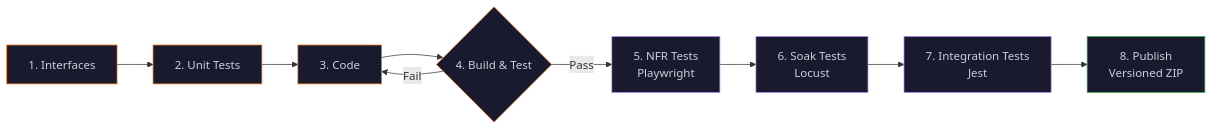
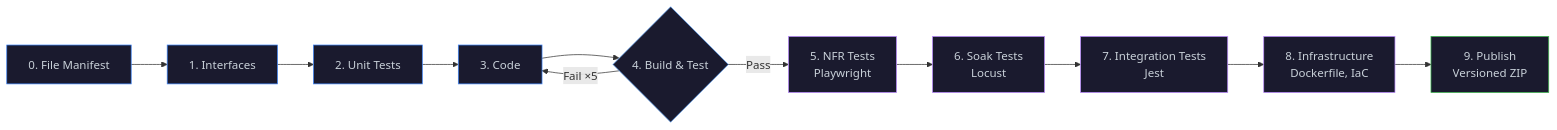
One commit to WillEastbury/IdeaForge changed the first of 2 diagrams in README.md. Above: the diagram before and after it, drawn with Mermaid. The commit also changed other lines of this file, not shown here.

````diff
--- a/README.md
+++ b/README.md
@@ -90,20 +117,24 @@
 ```mermaid
 graph LR
-    A[1. Interfaces] --> B[2. Unit Tests]
+    M[0. File Manifest] --> A[1. Interfaces]
+    A --> B[2. Unit Tests]
     B --> C[3. Code]
     C --> D{4. Build & Test}
     D -->|Pass| E[5. NFR Tests<br/>Playwright]
-    D -->|Fail| C
+    D -->|Fail ×5| C
     E --> F[6. Soak Tests<br/>Locust]
     F --> G[7. Integration Tests<br/>Jest]
-    G --> H[8. Publish<br/>Versioned ZIP]
+    G --> H[8. Infrastructure<br/>Dockerfile, IaC]
+    H --> I[9. Publish<br/>Versioned ZIP]
 
-    style A fill:#1a1a2e,stroke:#f97316,color:#c9d1d9
-    style B fill:#1a1a2e,stroke:#f97316,color:#c9d1d9
-    style C fill:#1a1a2e,stroke:#f97316,color:#c9d1d9
-    style D fill:#1a1a2e,stroke:#fb923c,color:#c9d1d9
+    style M fill:#1a1a2e,stroke:#3b82f6,color:#c9d1d9
+    style A fill:#1a1a2e,stroke:#3b82f6,color:#c9d1d9
+    style B fill:#1a1a2e,stroke:#3b82f6,color:#c9d1d9
+    style C fill:#1a1a2e,stroke:#3b82f6,color:#c9d1d9
+    style D fill:#1a1a2e,stroke:#60a5fa,color:#c9d1d9
     style E fill:#1a1a2e,stroke:#bc8cff,color:#c9d1d9
     style F fill:#1a1a2e,stroke:#bc8cff,color:#c9d1d9
     style G fill:#1a1a2e,stroke:#bc8cff,color:#c9d1d9
-    style H fill:#1a1a2e,stroke:#3fb950,color:#c9d1d9
+    style H fill:#1a1a2e,stroke:#bc8cff,color:#c9d1d9
+    style I fill:#1a1a2e,stroke:#3fb950,color:#c9d1d9
 ```
````
